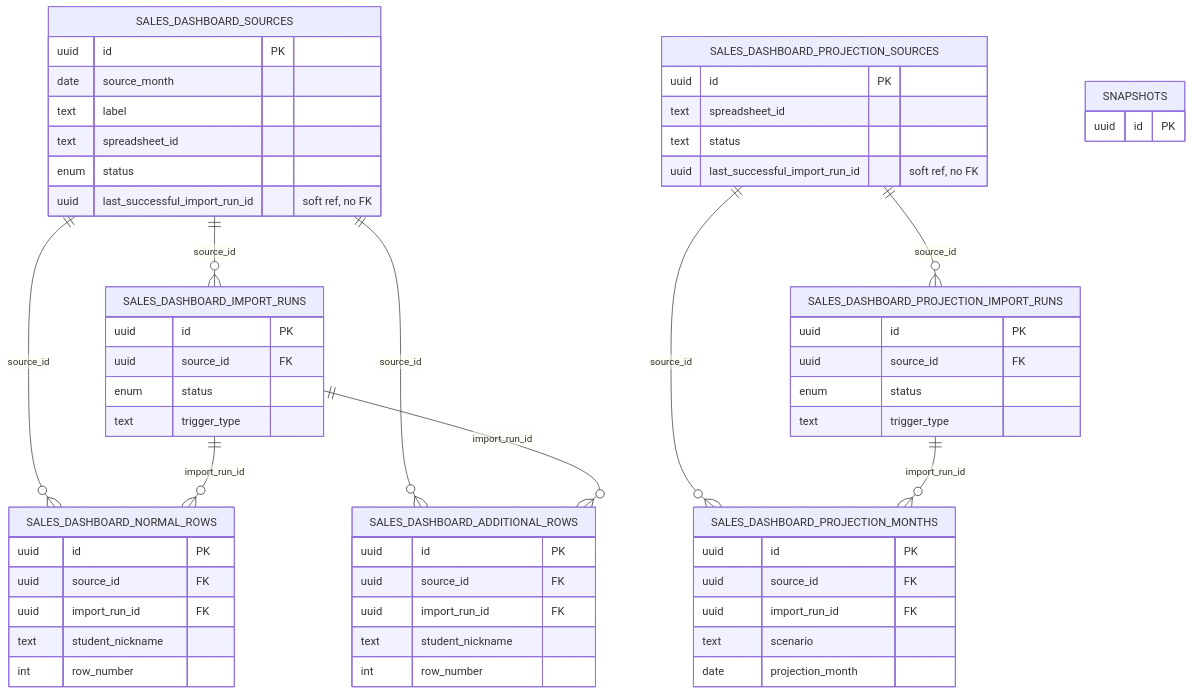
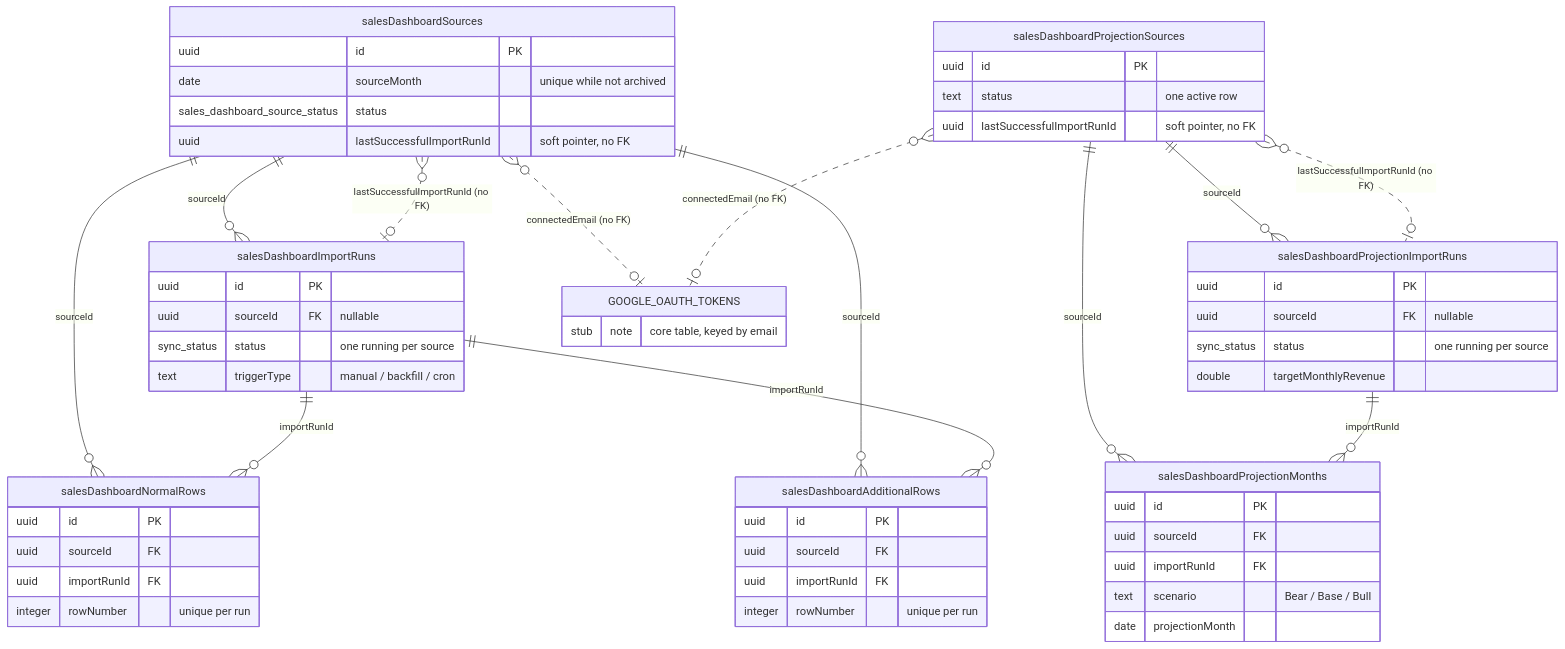
The diagram in docs/reference/database/erd-sales-dashboard.md (kasheesh711/bgscheduler), drawn with Mermaid before and after one commit. The commit also changed other lines of this file and 71 other files, not shown here.

````diff
--- a/docs/reference/database/erd-sales-dashboard.md
+++ b/docs/reference/database/erd-sales-dashboard.md
@@ -11,63 +56,64 @@
 ```mermaid
 erDiagram
-    SALES_DASHBOARD_SOURCES {
+    salesDashboardSources {
         uuid id PK
-        date source_month
-        text label
-        text spreadsheet_id
-        enum status
-        uuid last_successful_import_run_id "soft ref, no FK"
+        date sourceMonth "unique while not archived"
+        sales_dashboard_source_status status
+        uuid lastSuccessfulImportRunId "soft pointer, no FK"
     }
-    SALES_DASHBOARD_IMPORT_RUNS {
+    salesDashboardImportRuns {
         uuid id PK
-        uuid source_id FK
-        enum status
-        text trigger_type
+        uuid sourceId FK "nullable"
+        sync_status status "one running per source"
+        text triggerType "manual / backfill / cron"
     }
-    SALES_DASHBOARD_NORMAL_ROWS {
+    salesDashboardNormalRows {
         uuid id PK
-        uuid source_id FK
-        uuid import_run_id FK
-        text student_nickname
-        int row_number
+        uuid sourceId FK
+        uuid importRunId FK
+        integer rowNumber "unique per run"
     }
-    SALES_DASHBOARD_ADDITIONAL_ROWS {
+    salesDashboardAdditionalRows {
         uuid id PK
-        uuid source_id FK
-        uuid import_run_id FK
-        text student_nickname
-        int row_number
+        uuid sourceId FK
+        uuid importRunId FK
+        integer rowNumber "unique per run"
     }
-    SALES_DASHBOARD_PROJECTION_SOURCES {
+    salesDashboardProjectionSources {
         uuid id PK
-        text spreadsheet_id
-        text status
-        uuid last_successful_import_run_id "soft ref, no FK"
+        text status "one active row"
+        uuid lastSuccessfulImportRunId "soft pointer, no FK"
     }
-    SALES_DASHBOARD_PROJECTION_IMPORT_RUNS {
+    salesDashboardProjectionImportRuns {
         uuid id PK
-        uuid source_id FK
-        enum status
-        text trigger_type
+        uuid sourceId FK "nullable"
+        sync_status status "one running per source"
+        double targetMonthlyRevenue
     }
-    SALES_DASHBOARD_PROJECTION_MONTHS {
+    salesDashboardProjectionMonths {
         uuid id PK
-        uuid source_id FK
-        uuid import_run_id FK
-        text scenario
-        date projection_month
+        uuid sourceId FK
+        uuid importRunId FK
+        text scenario "Bear / Base / Bull"
+        date projectionMonth
     }
 
-    SNAPSHOTS {
-        uuid id PK
+    GOOGLE_OAUTH_TOKENS {
+        stub note "core table, keyed by email"
     }
 
-    SALES_DASHBOARD_SOURCES ||--o{ SALES_DASHBOARD_IMPORT_RUNS : "source_id"
-    SALES_DASHBOARD_SOURCES ||--o{ SALES_DASHBOARD_NORMAL_ROWS : "source_id"
-    SALES_DASHBOARD_SOURCES ||--o{ SALES_DASHBOARD_ADDITIONAL_ROWS : "source_id"
-    SALES_DASHBOARD_IMPORT_RUNS ||--o{ SALES_DASHBOARD_NORMAL_ROWS : "import_run_id"
-    SALES_DASHBOARD_IMPORT_RUNS ||--o{ SALES_DASHBOARD_ADDITIONAL_ROWS : "import_run_id"
-    SALES_DASHBOARD_PROJECTION_SOURCES ||--o{ SALES_DASHBOARD_PROJECTION_IMPORT_RUNS : "source_id"
-    SALES_DASHBOARD_PROJECTION_SOURCES ||--o{ SALES_DASHBOARD_PROJECTION_MONTHS : "source_id"
-    SALES_DASHBOARD_PROJECTION_IMPORT_RUNS ||--o{ SALES_DASHBOARD_PROJECTION_MONTHS : "import_run_id"
+    salesDashboardSources ||--o{ salesDashboardImportRuns : "sourceId"
+    salesDashboardSources ||--o{ salesDashboardNormalRows : "sourceId"
+    salesDashboardSources ||--o{ salesDashboardAdditionalRows : "sourceId"
+    salesDashboardImportRuns ||--o{ salesDashboardNormalRows : "importRunId"
+    salesDashboardImportRuns ||--o{ salesDashboardAdditionalRows : "importRunId"
+    salesDashboardSources }o..o| salesDashboardImportRuns : "lastSuccessfulImportRunId (no FK)"
+
+    salesDashboardProjectionSources ||--o{ salesDashboardProjectionImportRuns : "sourceId"
+    salesDashboardProjectionSources ||--o{ salesDashboardProjectionMonths : "sourceId"
+    salesDashboardProjectionImportRuns ||--o{ salesDashboardProjectionMonths : "importRunId"
+    salesDashboardProjectionSources }o..o| salesDashboardProjectionImportRuns : "lastSuccessfulImportRunId (no FK)"
+
+    salesDashboardSources }o..o| GOOGLE_OAUTH_TOKENS : "connectedEmail (no FK)"
+    salesDashboardProjectionSources }o..o| GOOGLE_OAUTH_TOKENS : "connectedEmail (no FK)"
 ```
````
